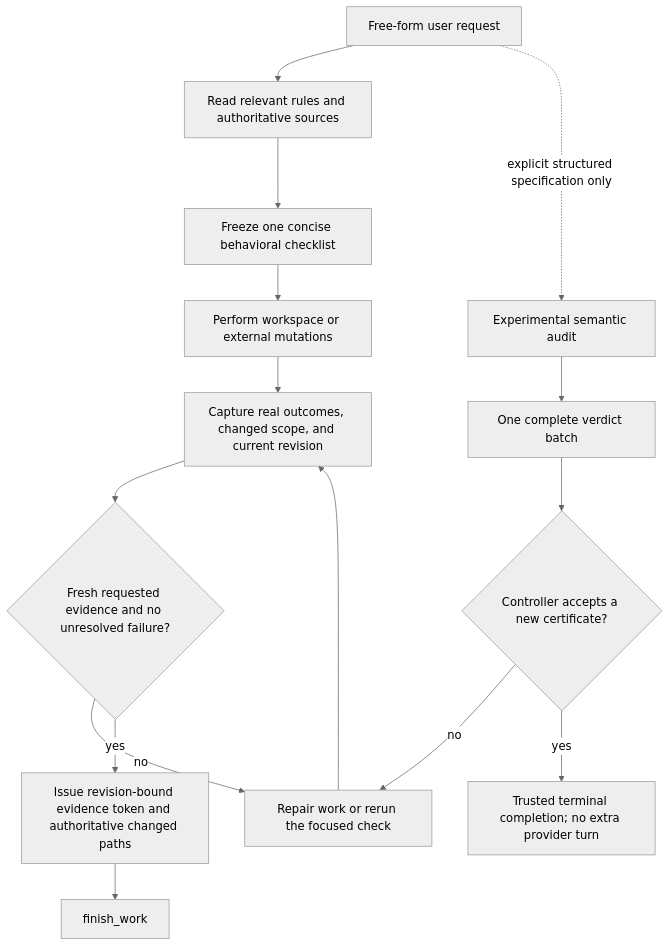
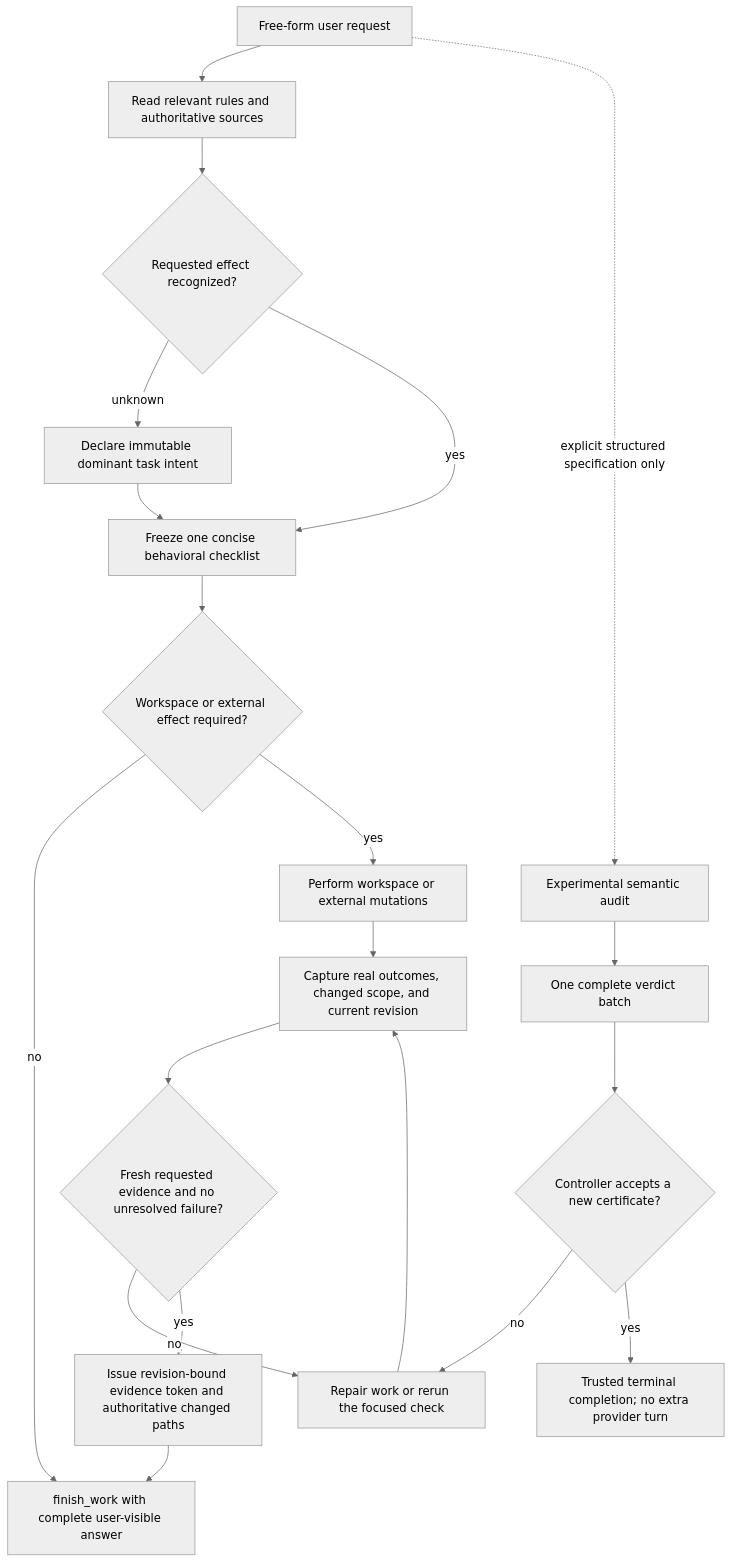
Before and after one commit to dst0/p: the diagram in packages/coding-agent/docs/usage.md, drawn with Mermaid (neutral theme). The commit also changed other lines of this file and 134 other files, not shown here.

````diff
--- a/packages/coding-agent/docs/usage.md
+++ b/packages/coding-agent/docs/usage.md
@@ -115,17 +119,22 @@
 ```mermaid
 flowchart TD
     Request["Free-form user request"] --> Discovery["Read relevant rules and authoritative sources"]
-    Discovery --> Checklist["Freeze one concise behavioral checklist"]
-    Checklist --> Work["Perform workspace or external mutations"]
+    Discovery --> Intent{"Requested effect recognized?"}
+    Intent -->|unknown| Declare["Declare immutable dominant task intent"]
+    Intent -->|yes| Checklist["Freeze one concise behavioral checklist"]
+    Declare --> Checklist
+    Checklist --> Effect{"Workspace or external effect required?"}
+    Effect -->|no| Finish["finish_work with complete user-visible answer"]
+    Effect -->|yes| Work["Perform workspace or external mutations"]
     Work --> Evidence["Capture real outcomes, changed scope, and current revision"]
     Evidence --> Ready{"Fresh requested evidence and no unresolved failure?"}
     Ready -->|no| Repair["Repair work or rerun the focused check"]
     Repair --> Evidence
     Ready -->|yes| Token["Issue revision-bound evidence token and authoritative changed paths"]
-    Token --> Finish["finish_work"]
+    Token --> Finish
     Request -. "explicit structured specification only" .-> Audit["Experimental semantic audit"]
     Audit --> Verdict["One complete verdict batch"]
     Verdict --> Certified{"Controller accepts a new certificate?"}
     Certified -->|no| Repair
     Certified -->|yes| Terminal["Trusted terminal completion; no extra provider turn"]
 ```
````
